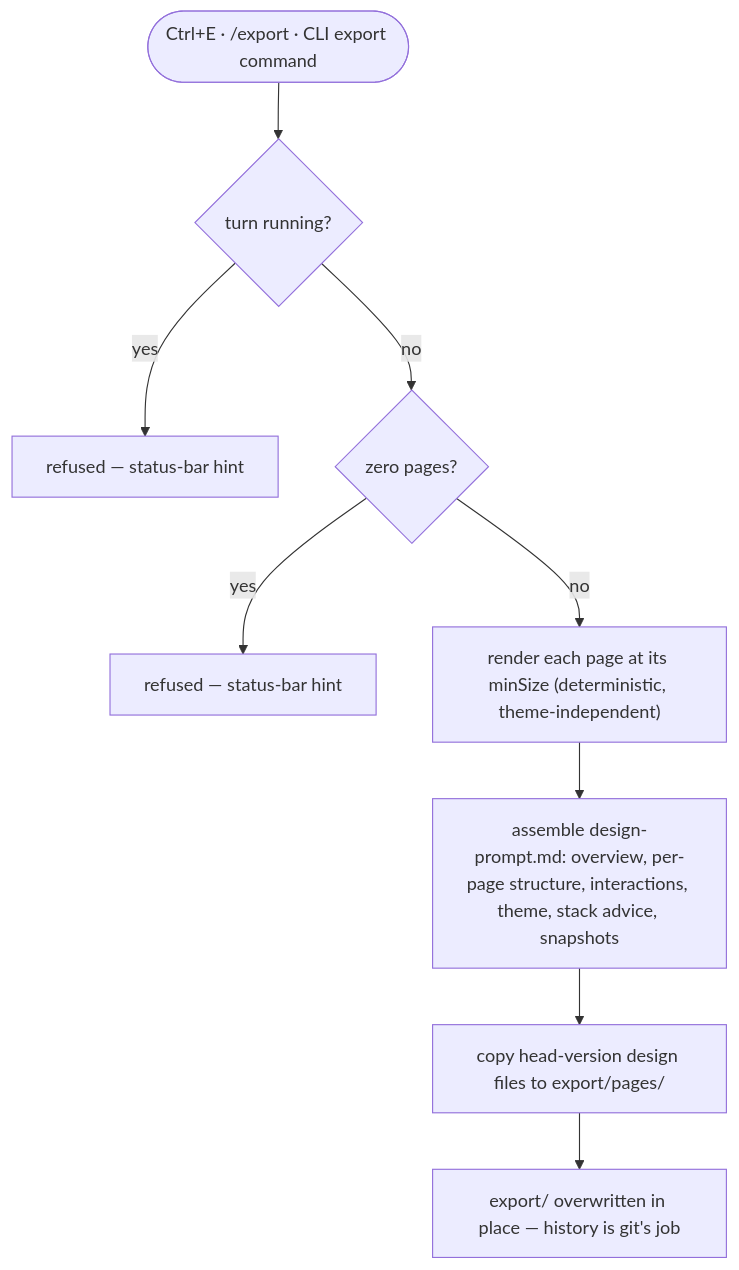
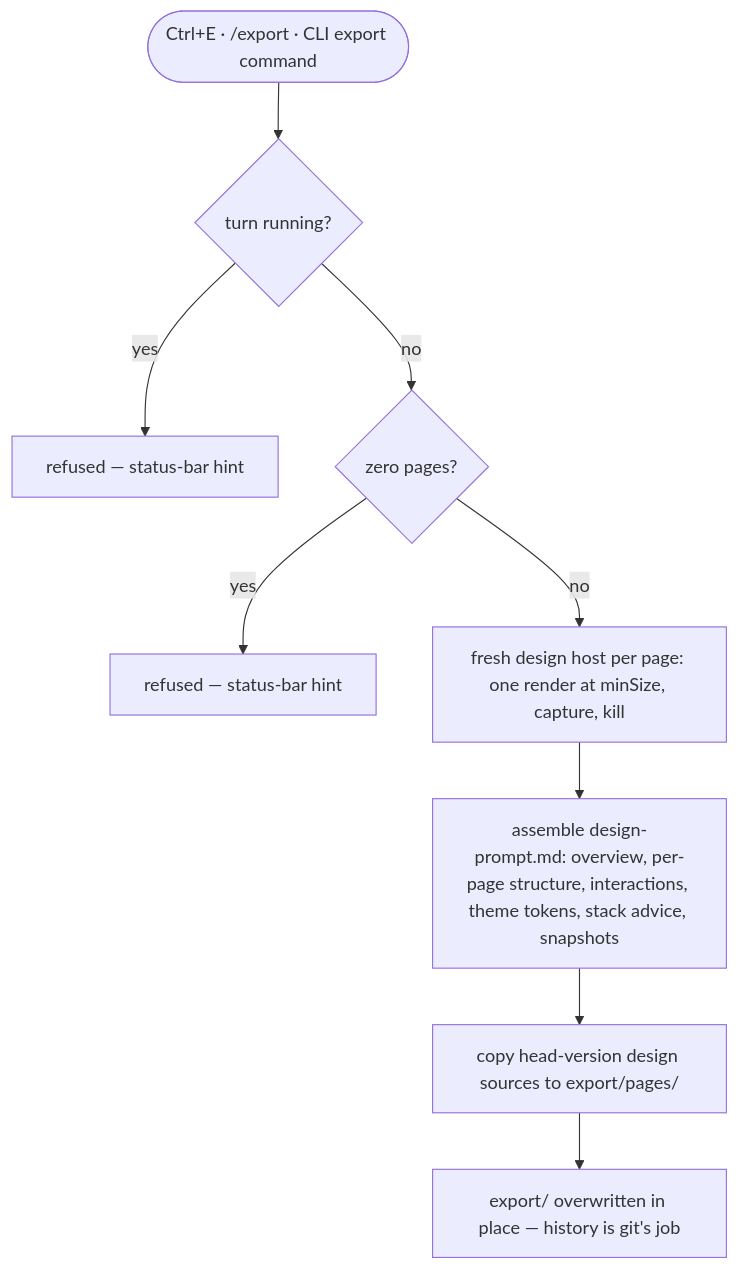
Before and after one commit to khmilevoi/termcraft: the diagram in docs/architecture/flows/export.md, drawn with Mermaid. The commit also changed other lines of this file and 12 other files, not shown here.

````diff
--- a/docs/architecture/flows/export.md
+++ b/docs/architecture/flows/export.md
@@ -3,11 +3,11 @@
 ```mermaid
 flowchart TD
     trigger(["Ctrl+E · /export · CLI export command"]) --> busy{"turn running?"}
     busy -- "yes" --> hint1["refused — status-bar hint"]
     busy -- "no" --> empty{"zero pages?"}
     empty -- "yes" --> hint2["refused — status-bar hint"]
-    empty -- "no" --> snap["render each page at its minSize (deterministic, theme-independent)"]
-    snap --> prompt["assemble design-prompt.md: overview, per-page structure, interactions, theme, stack advice, snapshots"]
-    prompt --> copy["copy head-version design files to export/pages/"]
+    empty -- "no" --> snap["fresh design host per page: one render at minSize, capture, kill"]
+    snap --> prompt["assemble design-prompt.md: overview, per-page structure, interactions, theme tokens, stack advice, snapshots"]
+    prompt --> copy["copy head-version design sources to export/pages/"]
     copy --> done["export/ overwritten in place — history is git's job"]
 ```
````
